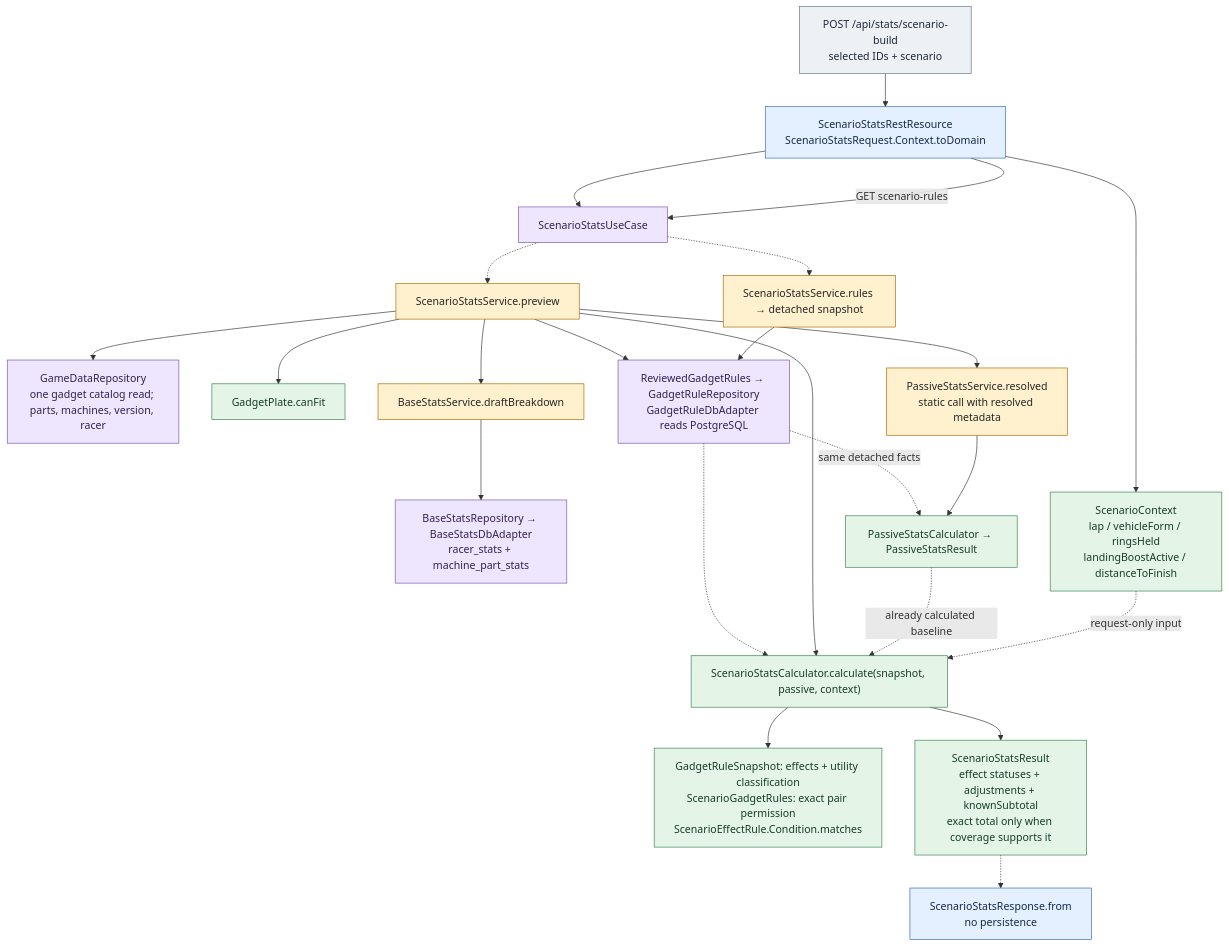
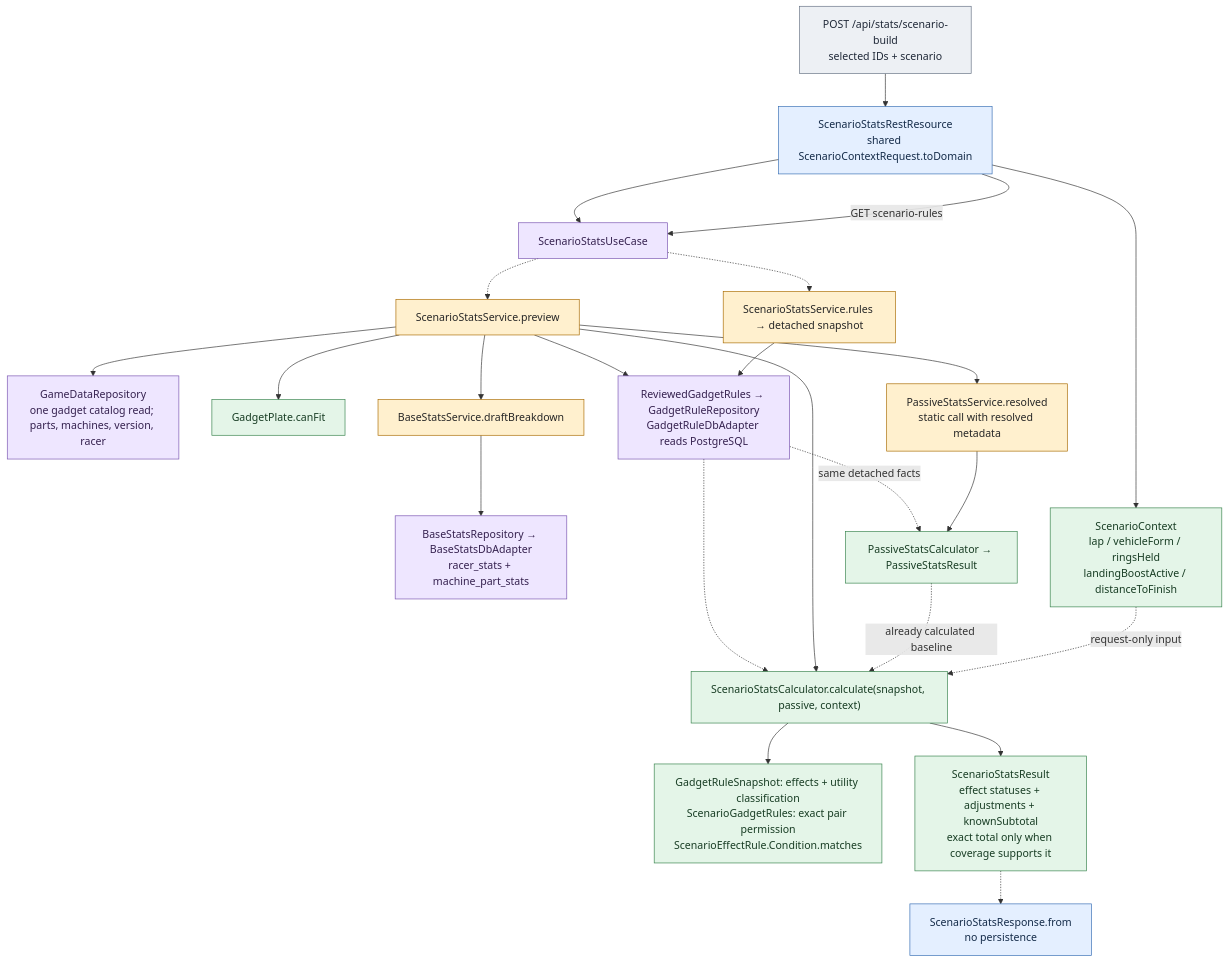
One commit to alexungu04genoff/RingLab changed diagram 14 of 31 in docs/architecture-atlas.md. Above: the diagram before and after it, drawn with Mermaid. The commit also changed other lines of this file and 30 other files, not shown here.

````diff
--- a/docs/architecture-atlas.md
+++ b/docs/architecture-atlas.md
@@ -845,39 +851,39 @@
 ```mermaid
 flowchart TB
   h["POST /api/stats/scenario-build<br/>selected IDs + scenario"]:::outside
-  r["ScenarioStatsRestResource<br/>ScenarioStatsRequest.Context.toDomain"]:::rest
+  r["ScenarioStatsRestResource<br/>shared ScenarioContextRequest.toDomain"]:::rest
   s["ScenarioStatsService.preview"]:::app
   game["GameDataRepository<br/>one gadget catalog read; parts, machines, version, racer"]:::port
   plate["GadgetPlate.canFit"]:::domain
   base["BaseStatsService.draftBreakdown"]:::app
   source["BaseStatsRepository → BaseStatsDbAdapter<br/>racer_stats + machine_part_stats"]:::port
   passive["PassiveStatsService.resolved<br/>static call with resolved metadata"]:::app
   pc["PassiveStatsCalculator → PassiveStatsResult"]:::domain
   ctx["ScenarioContext<br/>lap / vehicleForm / ringsHeld<br/>landingBoostActive / distanceToFinish"]:::domain
   sc["ScenarioStatsCalculator.calculate(snapshot, passive, context)"]:::domain
   rules["GadgetRuleSnapshot: effects + utility classification<br/>ScenarioGadgetRules: exact pair permission<br/>ScenarioEffectRule.Condition.matches"]:::domain
   result["ScenarioStatsResult<br/>effect statuses + adjustments + knownSubtotal<br/>exact total only when coverage supports it"]:::domain
   dto["ScenarioStatsResponse.from<br/>no persistence"]:::rest
   h --> r --> input["ScenarioStatsUseCase"]:::port -.-> s
   r -->|"GET scenario-rules"| input
   input -.-> metadata["ScenarioStatsService.rules → detached snapshot"]:::app
   s --> reviewed["ReviewedGadgetRules → GadgetRuleRepository<br/>GadgetRuleDbAdapter reads PostgreSQL"]:::port
   reviewed -.->|"same detached facts"| pc
   reviewed -.-> sc
   metadata --> reviewed
   r --> ctx
   s --> game
   s --> plate
   s --> base --> source
   s --> passive --> pc
   s --> sc
   pc -.->|"already calculated baseline"| sc
   ctx -.->|"request-only input"| sc
   sc --> rules
   sc --> result -.-> dto
   classDef rest fill:#e4efff,stroke:#356db4,color:#142b49
   classDef app fill:#fff0ce,stroke:#a96b00,color:#272727
   classDef domain fill:#e4f5e8,stroke:#37834c,color:#183d24
   classDef port fill:#eee6ff,stroke:#7954b1,color:#35214f
   classDef outside fill:#edf0f4,stroke:#657184,color:#202938
 ```
````
